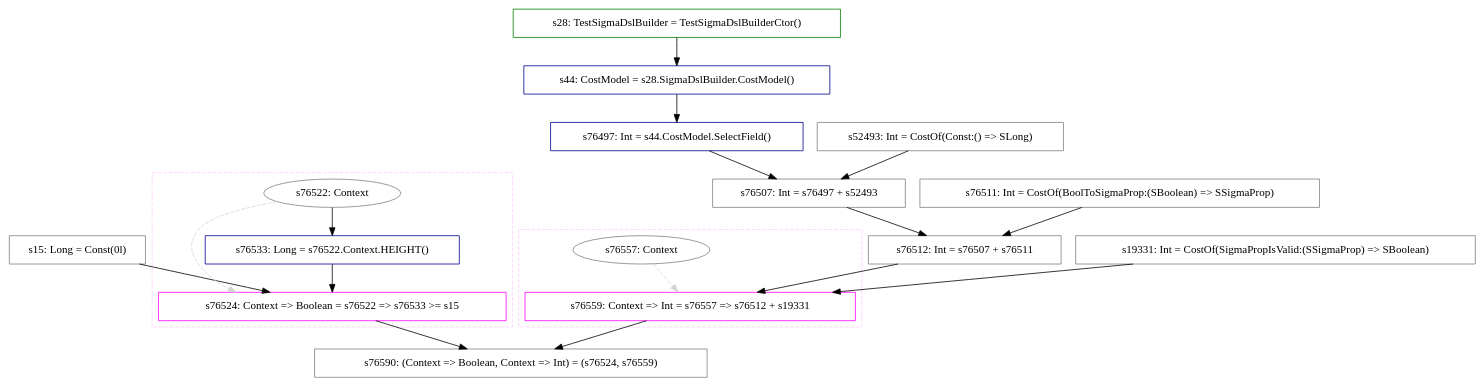
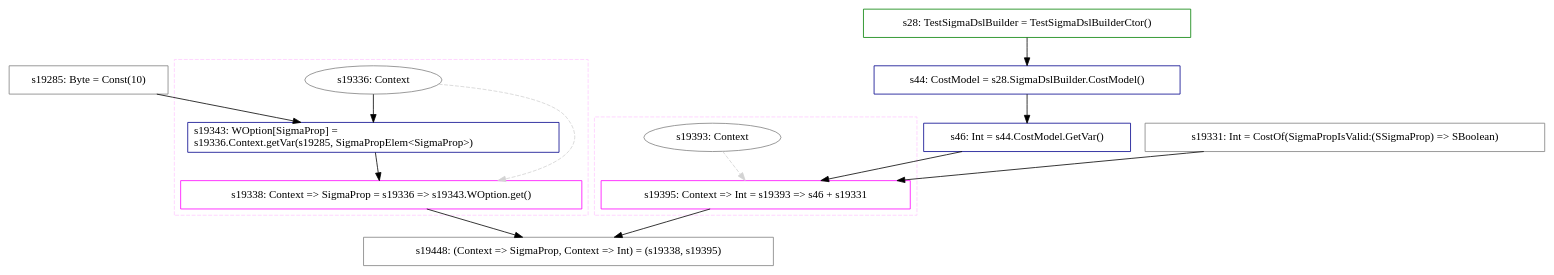
One commit to ScorexFoundation/sigmastate-interpreter changed the diagram in test-out/sigmastate/utxo/BasicOpsSpecification/Relation_operations/prop1.dot. Above: the diagram before and after it, drawn with Graphviz. The commit also changed 2 other files, not shown here.

```diff
--- a/test-out/sigmastate/utxo/BasicOpsSpecification/Relation_operations/prop1.dot
+++ b/test-out/sigmastate/utxo/BasicOpsSpecification/Relation_operations/prop1.dot
@@ -1,90 +1,70 @@
-digraph "prop1" {
+digraph "Prop1" {
 concentrate=true
 node [style=filled, fillcolor=orangered]
 
-"s15" [
-label="s15: Long = Const(0l)"
-shape=box, color=gray, tooltip="s15:Long", style=filled, fillcolor=white
+"s19285" [
+label="s19285: Byte = Const(10)"
+shape=box, color=gray, tooltip="s19285:Byte", style=filled, fillcolor=white
 ]
-subgraph cluster_s76524 {
+subgraph cluster_s19338 {
 style=dashed; color="#FFCCFF"
-"s76522" [
-label="s76522: Context"
-shape=oval, color=gray, tooltip="s76522:Context", style=filled, fillcolor=white
+"s19336" [
+label="s19336: Context"
+shape=oval, color=gray, tooltip="s19336:Context", style=filled, fillcolor=white
 ]
-"s76524" [
-label="s76524: Context => Boolean = s76522 => s76533 >= s15"
-shape=box, color=magenta, tooltip="s76524:Context => Boolean", style=filled, fillcolor=white
+"s19338" [
+label="s19338: Context => SigmaProp = s19336 => s19343.WOption.get()"
+shape=box, color=magenta, tooltip="s19338:Context => SigmaProp", style=filled, fillcolor=white
 ]
-{rank=source; s76522}
-"s76533" [
-label="s76533: Long = s76522.Context.HEIGHT()"
-shape=box, color=darkblue, tooltip="s76533:Long", style=filled, fillcolor=white
+{rank=source; s19336}
+"s19343" [
+label="s19343: WOption[SigmaProp] =\ls19336.Context.getVar(s19285, SigmaPropElem<SigmaProp>)\l"
+shape=box, color=darkblue, tooltip="s19343:WOption[SigmaProp]", style=filled, fillcolor=white
 ]
-{rank=sink; s76524}
+{rank=sink; s19338}
 }
 "s28" [
 label="s28: TestSigmaDslBuilder = TestSigmaDslBuilderCtor()"
 shape=box, color=green, tooltip="s28:TestSigmaDslBuilder", style=filled, fillcolor=white
 ]
 "s44" [
 label="s44: CostModel = s28.SigmaDslBuilder.CostModel()"
 shape=box, color=darkblue, tooltip="s44:CostModel", style=filled, fillcolor=white
 ]
-"s76497" [
-label="s76497: Int = s44.CostModel.SelectField()"
-shape=box, color=darkblue, tooltip="s76497:Int", style=filled, fillcolor=white
-]
-"s52493" [
-label="s52493: Int = CostOf(Const:() => SLong)"
-shape=box, color=gray, tooltip="s52493:Int", style=filled, fillcolor=white
-]
-"s76507" [
-label="s76507: Int = s76497 + s52493"
-shape=box, color=gray, tooltip="s76507:Int", style=filled, fillcolor=white
-]
-"s76511" [
-label="s76511: Int = CostOf(BoolToSigmaProp:(SBoolean) => SSigmaProp)"
-shape=box, color=gray, tooltip="s76511:Int", style=filled, fillcolor=white
-]
-"s76512" [
-label="s76512: Int = s76507 + s76511"
-shape=box, color=gray, tooltip="s76512:Int", style=filled, fillcolor=white
+"s46" [
+label="s46: Int = s44.CostModel.GetVar()"
+shape=box, color=darkblue, tooltip="s46:Int", style=filled, fillcolor=white
 ]
 "s19331" [
 label="s19331: Int = CostOf(SigmaPropIsValid:(SSigmaProp) => SBoolean)"
 shape=box, color=gray, tooltip="s19331:Int", style=filled, fillcolor=white
 ]
-subgraph cluster_s76559 {
+subgraph cluster_s19395 {
 style=dashed; color="#FFCCFF"
-"s76557" [
-label="s76557: Context"
-shape=oval, color=gray, tooltip="s76557:Context", style=filled, fillcolor=white
+"s19393" [
+label="s19393: Context"
+shape=oval, color=gray, tooltip="s19393:Context", style=filled, fillcolor=white
 ]
-"s76559" [
-label="s76559: Context => Int = s76557 => s76512 + s19331"
-shape=box, color=magenta, tooltip="s76559:Context => Int", style=filled, fillcolor=white
+"s19395" [
+label="s19395: Context => Int = s19393 => s46 + s19331"
+shape=box, color=magenta, tooltip="s19395:Context => Int", style=filled, fillcolor=white
 ]
-{rank=source; s76557}
-{rank=sink; s76559}
+{rank=source; s19393}
+{rank=sink; s19395}
 }
-"s76590" [
-label="s76590: (Context => Boolean, Context => Int) = (s76524, s76559)"
-shape=box, color=gray, tooltip="s76590:(Context => Boolean, Context => Int)", style=filled, fillcolor=white
+"s19448" [
+label="s19448: (Context => SigmaProp, Context => Int) = (s19338, s19395)"
+shape=box, color=gray, tooltip="s19448:(Context => SigmaProp, Context => Int)", style=filled, fillcolor=white
 ]
-"s44" -> "s76497" [style=solid]
-"s76507" -> "s76512" [style=solid]
-"s76511" -> "s76512" [style=solid]
-"s76497" -> "s76507" [style=solid]
-"s52493" -> "s76507" [style=solid]
-"s76522" -> "s76533" [style=solid]
-"s76557" -> "s76559" [style=dashed, color=lightgray, weight=0]
-"s76512" -> "s76559" [style=solid]
-"s19331" -> "s76559" [style=solid]
+"s44" -> "s46" [style=solid]
+"s19336" -> "s19338" [style=dashed, color=lightgray, weight=0]
+"s19343" -> "s19338" [style=solid]
 "s28" -> "s44" [style=solid]
-"s76524" -> "s76590" [style=solid]
-"s76559" -> "s76590" [style=solid]
-"s76522" -> "s76524" [style=dashed, color=lightgray, weight=0]
-"s76533" -> "s76524" [style=solid]
-"s15" -> "s76524" [style=solid]
+"s19338" -> "s19448" [style=solid]
+"s19395" -> "s19448" [style=solid]
+"s19393" -> "s19395" [style=dashed, color=lightgray, weight=0]
+"s46" -> "s19395" [style=solid]
+"s19331" -> "s19395" [style=solid]
+"s19336" -> "s19343" [style=solid]
+"s19285" -> "s19343" [style=solid]
 }
```
